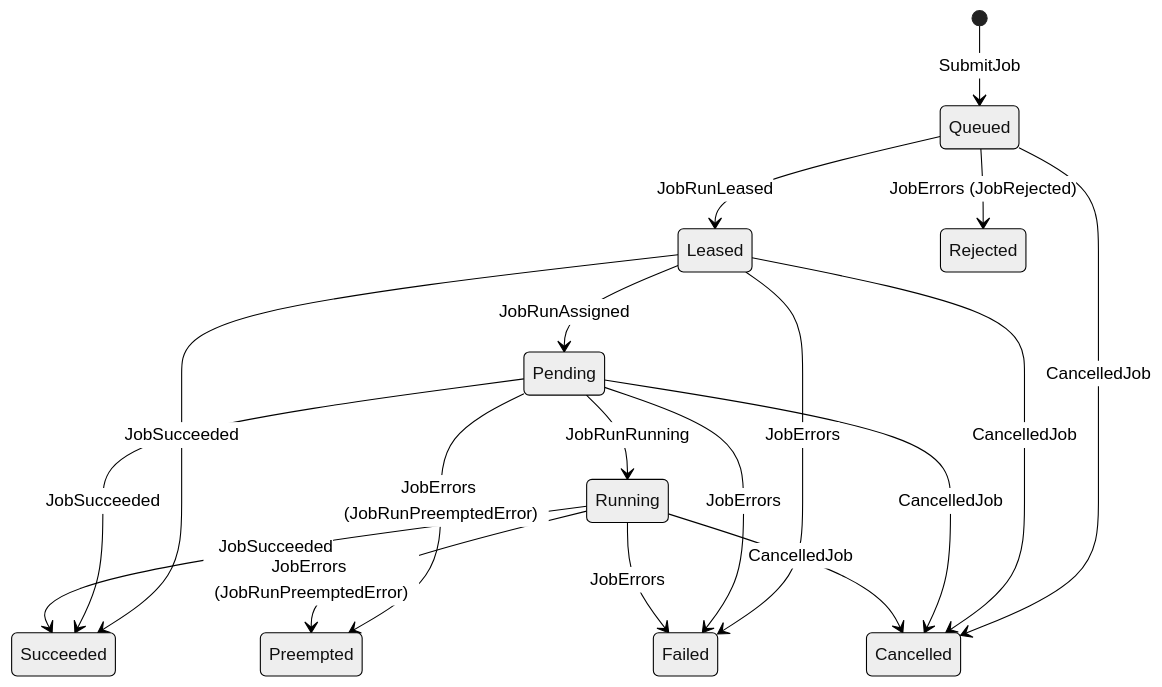
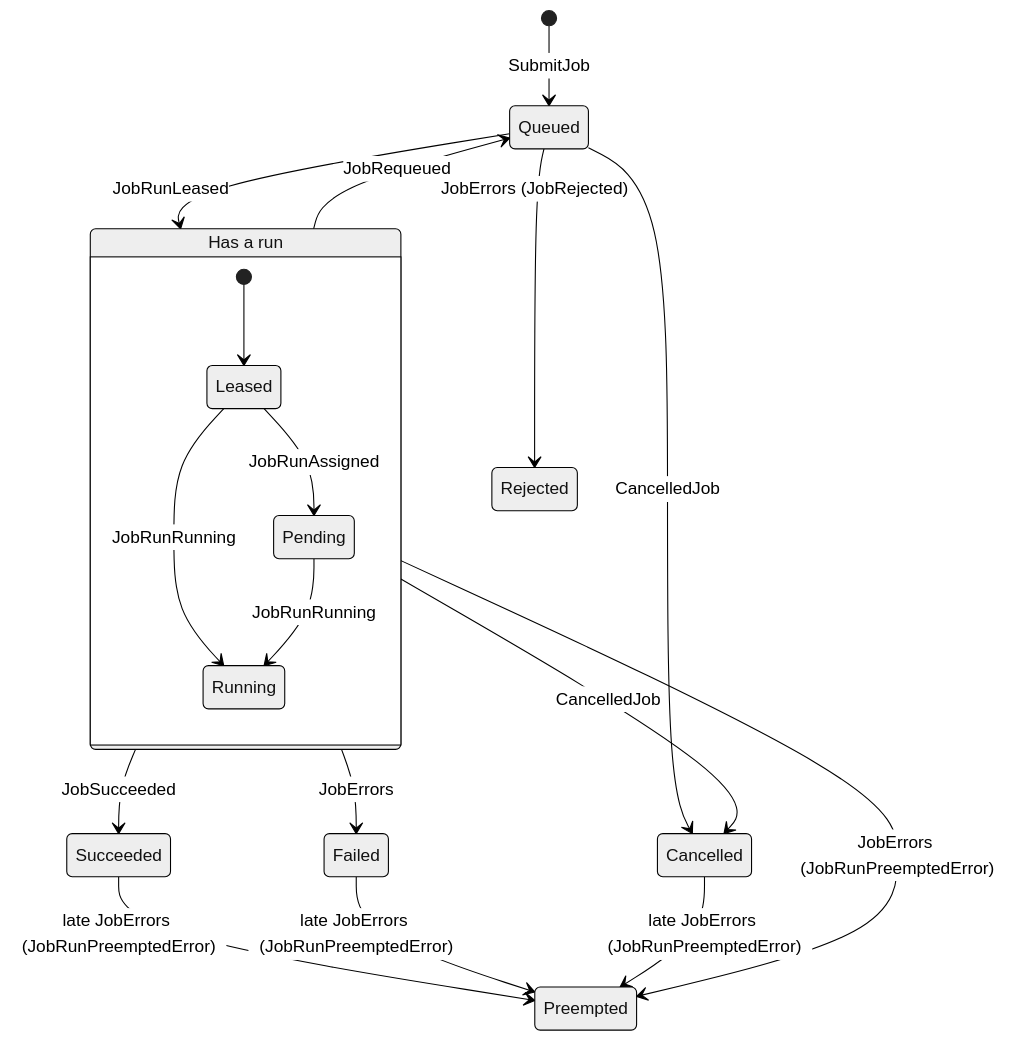
Before and after one commit to armadaproject/armada: the third of 11 diagrams in docs/developer/job-lifecycle-events.md, drawn with Mermaid (neutral theme). The commit also changed other lines of this file, not shown here.

First line of the commit message:
Correct and restructure the job lifecycle events doc (#5347)

````diff
--- a/docs/developer/job-lifecycle-events.md
+++ b/docs/developer/job-lifecycle-events.md
@@ -101,20 +190,21 @@
 ```mermaid
 stateDiagram-v2
     [*] --> Queued: SubmitJob
-    Queued --> Leased: JobRunLeased
-    Leased --> Pending: JobRunAssigned
-    Pending --> Running: JobRunRunning
-    Leased --> Succeeded: JobSucceeded
-    Pending --> Succeeded: JobSucceeded
-    Running --> Succeeded: JobSucceeded
-    Leased --> Failed: JobErrors
-    Pending --> Failed: JobErrors
-    Running --> Failed: JobErrors
-    Pending --> Preempted: JobErrors (JobRunPreemptedError)
-    Running --> Preempted: JobErrors (JobRunPreemptedError)
+    Queued --> HasRun: JobRunLeased
+    state "Has a run" as HasRun {
+        [*] --> Leased
+        Leased --> Pending: JobRunAssigned
+        Leased --> Running: JobRunRunning
+        Pending --> Running: JobRunRunning
+    }
+    HasRun --> Succeeded: JobSucceeded
+    HasRun --> Failed: JobErrors
+    HasRun --> Preempted: JobErrors (JobRunPreemptedError)
+    HasRun --> Cancelled: CancelledJob
+    Queued --> Cancelled: CancelledJob
     Queued --> Rejected: JobErrors (JobRejected)
-    Queued --> Cancelled: CancelledJob
-    Leased --> Cancelled: CancelledJob
-    Pending --> Cancelled: CancelledJob
-    Running --> Cancelled: CancelledJob
+    Succeeded --> Preempted: late JobErrors (JobRunPreemptedError)
+    Failed --> Preempted: late JobErrors (JobRunPreemptedError)
+    Cancelled --> Preempted: late JobErrors (JobRunPreemptedError)
+    HasRun --> Queued: JobRequeued
 ```
````
